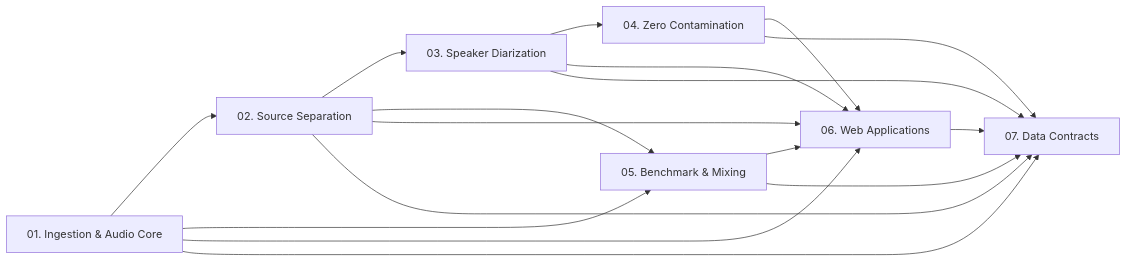
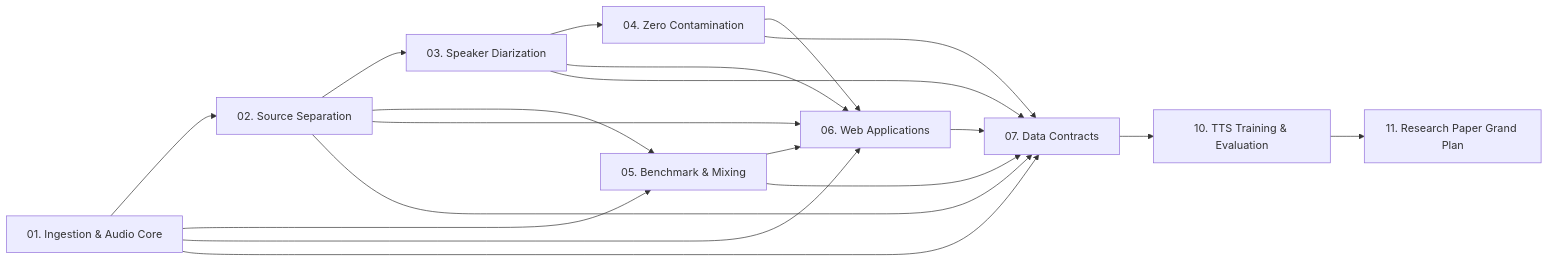
Before and after one commit to tungnguyenlam/audio-prepare-pipeline-redo: the diagram in docs/README.md, drawn with Mermaid. The commit also changed other lines of this file and 19 other files, not shown here.

Commit message:
docs: add TTS training guide, research grand plan, notes and papers

````diff
--- a/docs/README.md
+++ b/docs/README.md
@@ -11,9 +11,11 @@
 ```mermaid
 flowchart LR
     A["01. Ingestion & Audio Core"] --> B["02. Source Separation"]
     B --> C["03. Speaker Diarization"]
     C --> D["04. Zero Contamination"]
     A & B --> E["05. Benchmark & Mixing"]
     A & B & C & D & E --> F["06. Web Applications"]
     A & B & C & D & E & F --> G["07. Data Contracts"]
+    G --> H["10. TTS Training & Evaluation"]
+    H --> I["11. Research Paper Grand Plan"]
 ```
````
